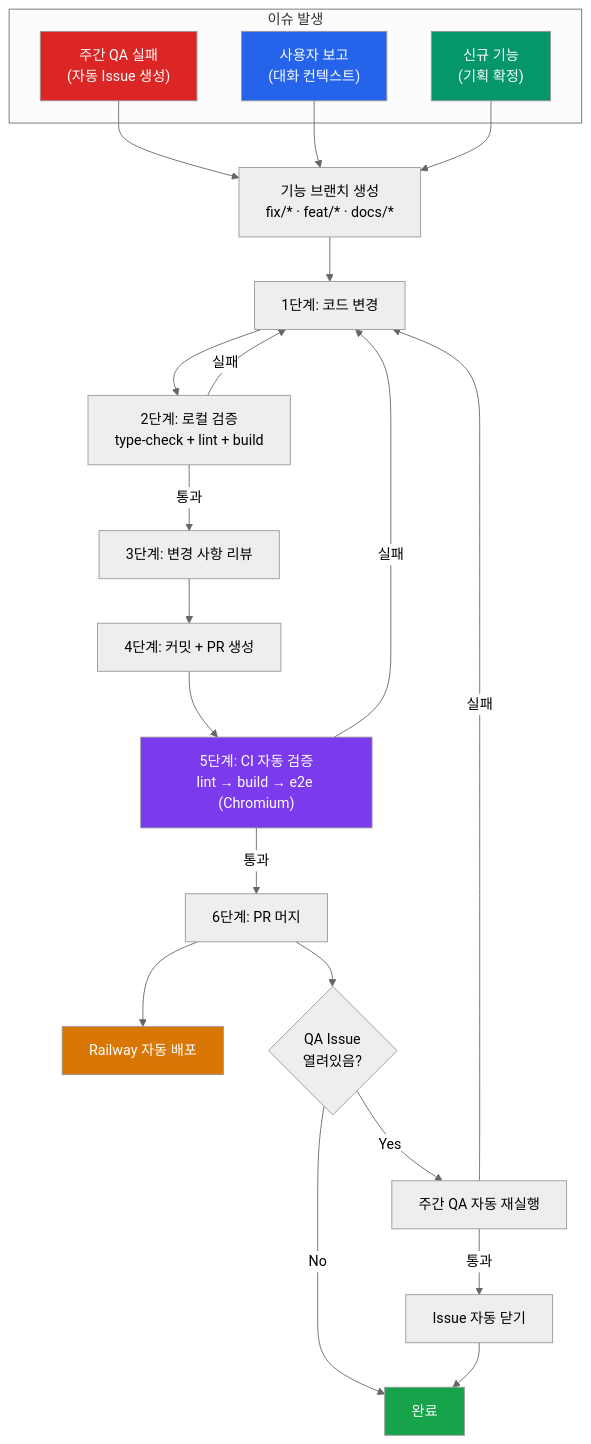
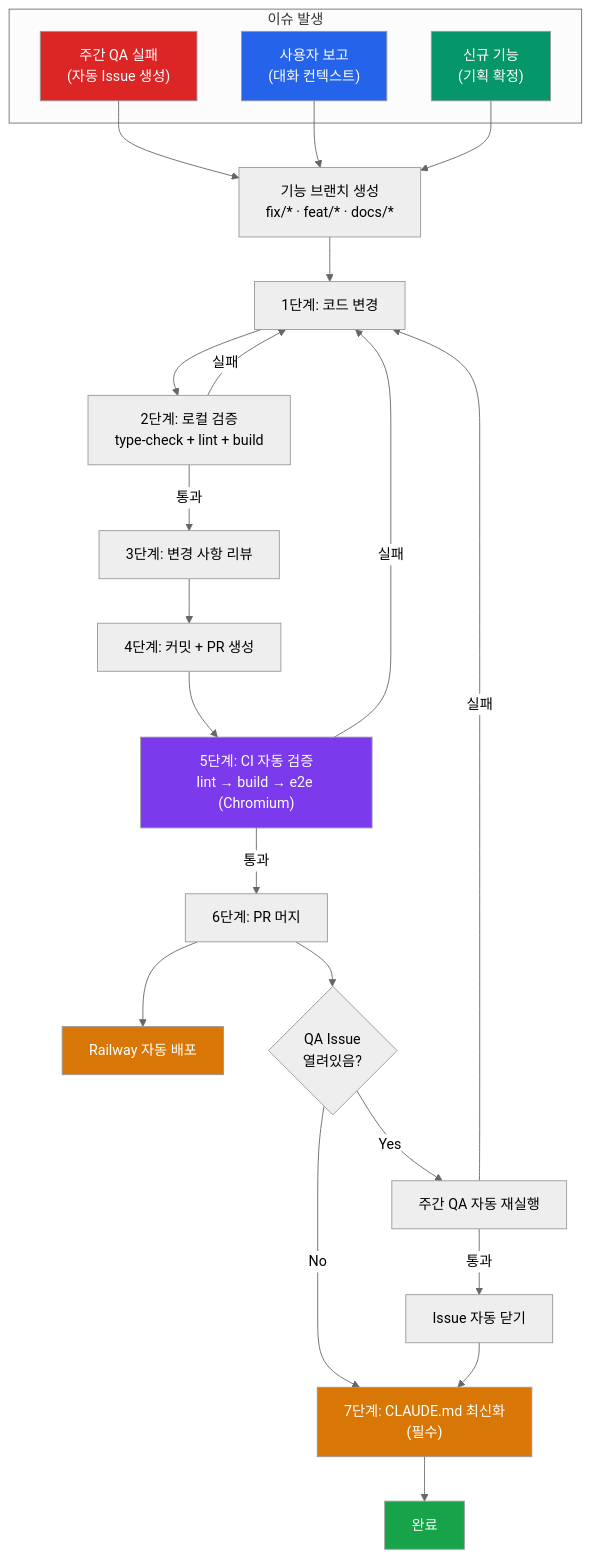
Diagram 12 of 13 in process.md (xzawed/ArcanaInsight), drawn with Mermaid (neutral theme) before and after one commit. The commit also changed other lines of this file and 3 other files, not shown here.

````diff
--- a/process.md
+++ b/process.md
@@ -491,33 +491,35 @@
 ```mermaid
 flowchart TD
     subgraph 이슈발생["이슈 발생"]
         QA["주간 QA 실패<br/>(자동 Issue 생성)"]
         USER["사용자 보고<br/>(대화 컨텍스트)"]
         FEAT["신규 기능<br/>(기획 확정)"]
     end
 
     QA & USER & FEAT --> BRANCH["기능 브랜치 생성<br/>fix/* · feat/* · docs/*"]
 
     BRANCH --> CODE["1단계: 코드 변경"]
     CODE --> LOCAL["2단계: 로컬 검증<br/>type-check + lint + build"]
     LOCAL -->|실패| CODE
     LOCAL -->|통과| REVIEW["3단계: 변경 사항 리뷰"]
     REVIEW --> PR["4단계: 커밋 + PR 생성"]
     PR --> CI["5단계: CI 자동 검증<br/>lint → build → e2e (Chromium)"]
     CI -->|실패| CODE
     CI -->|통과| MERGE["6단계: PR 머지"]
     MERGE --> DEPLOY["Railway 자동 배포"]
     MERGE --> RECHECK{"QA Issue<br/>열려있음?"}
     RECHECK -->|Yes| RERUN["주간 QA 자동 재실행"]
-    RECHECK -->|No| DONE["완료"]
+    RECHECK -->|No| DOCS["7단계: CLAUDE.md 최신화<br/>(필수)"]
     RERUN -->|통과| CLOSE["Issue 자동 닫기"]
     RERUN -->|실패| CODE
-    CLOSE --> DONE
+    CLOSE --> DOCS
+    DOCS --> DONE["완료"]
 
     style QA fill:#dc2626,color:#fff
     style USER fill:#2563eb,color:#fff
     style FEAT fill:#059669,color:#fff
     style CI fill:#7c3aed,color:#fff
     style DEPLOY fill:#d97706,color:#fff
+    style DOCS fill:#d97706,color:#fff
     style DONE fill:#16a34a,color:#fff
 ```
````
